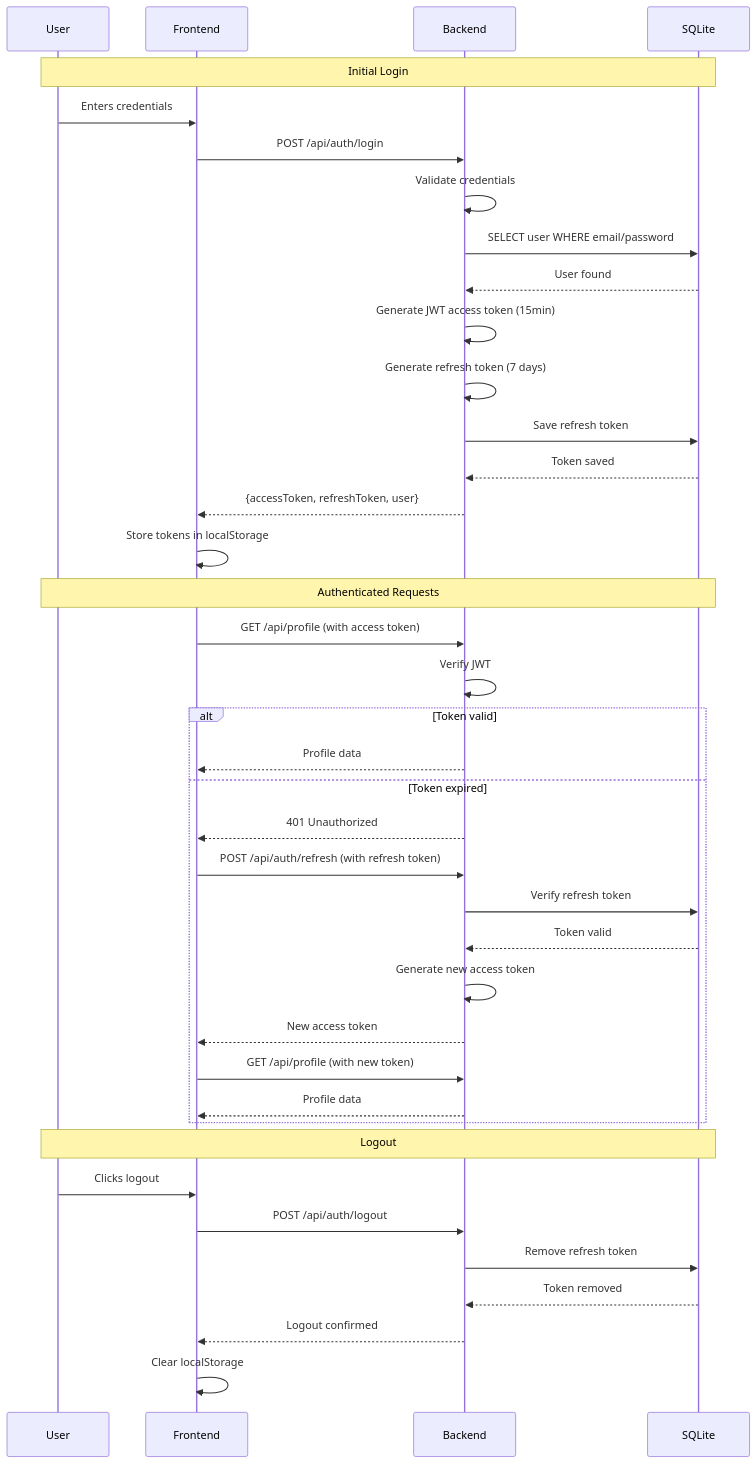
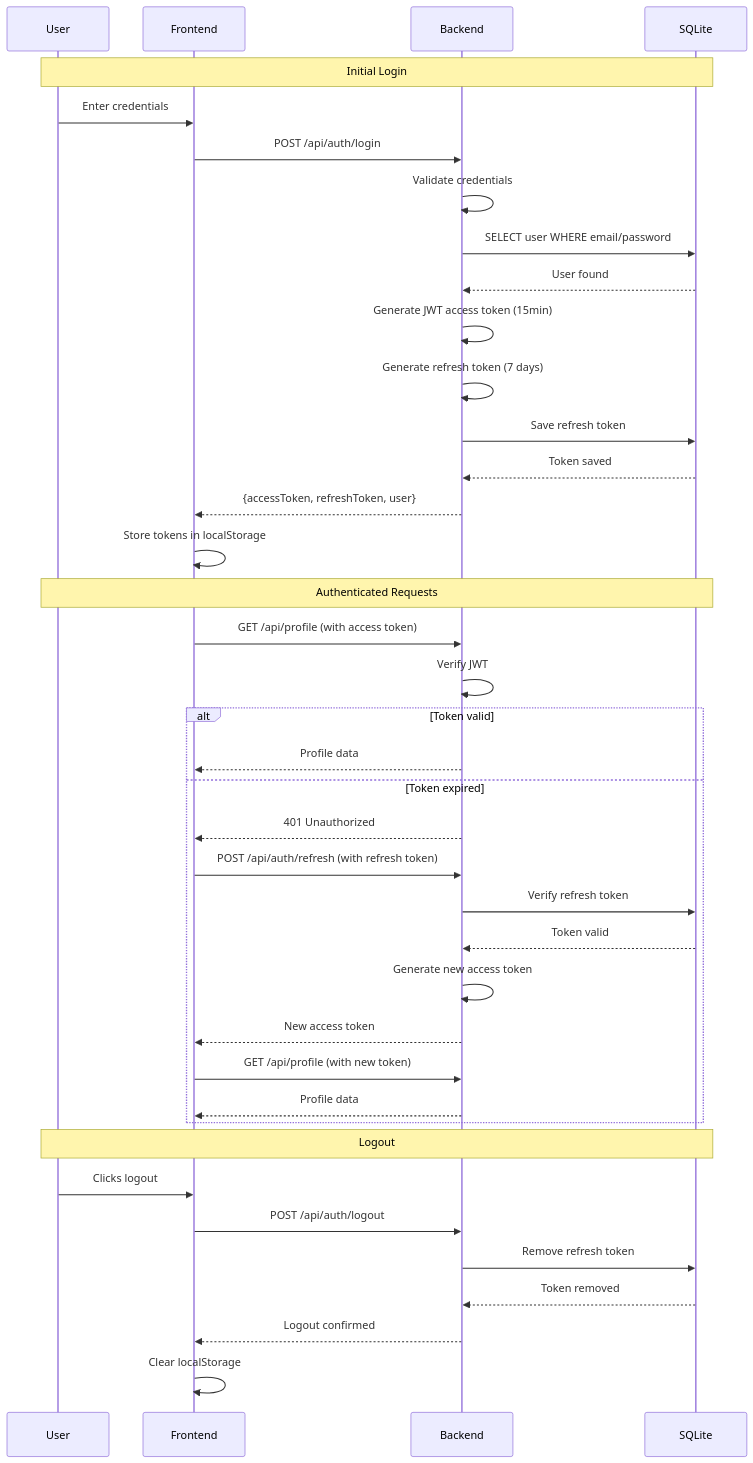
Before and after one commit to wmakeouthill/certificados-wesley: the fourth of 5 diagrams in portfolio-content/projects/aa_space-english.md, drawn with Mermaid. The commit also changed other lines of this file and 8 other files, not shown here.

````diff
--- a/portfolio-content/projects/aa_space-english.md
+++ b/portfolio-content/projects/aa_space-english.md
@@ -134,48 +134,48 @@
 ```mermaid
-%%{title: "JWT Authentication System with Refresh Tokens"}%%
+%%{title: "Sistema de Autenticação JWT com Refresh Tokens"}%%
 sequenceDiagram
     participant U as User
     participant F as Frontend
     participant B as Backend
     participant DB as SQLite
     
     Note over U,DB: Initial Login
     
-    U->>F: Enters credentials
+    U->>F: Enter credentials
     F->>B: POST /api/auth/login
     B->>B: Validate credentials
     B->>DB: SELECT user WHERE email/password
     DB-->>B: User found
     B->>B: Generate JWT access token (15min)
     B->>B: Generate refresh token (7 days)
     B->>DB: Save refresh token
     DB-->>B: Token saved
     B-->>F: {accessToken, refreshToken, user}
     F->>F: Store tokens in localStorage
     
     Note over U,DB: Authenticated Requests
     
     F->>B: GET /api/profile (with access token)
     B->>B: Verify JWT
     alt Token valid
         B-->>F: Profile data
     else Token expired
         B-->>F: 401 Unauthorized
         F->>B: POST /api/auth/refresh (with refresh token)
         B->>DB: Verify refresh token
         DB-->>B: Token valid
         B->>B: Generate new access token
         B-->>F: New access token
         F->>B: GET /api/profile (with new token)
         B-->>F: Profile data
     end
     
     Note over U,DB: Logout
     
     U->>F: Clicks logout
     F->>B: POST /api/auth/logout
     B->>DB: Remove refresh token
     DB-->>B: Token removed
     B-->>F: Logout confirmed
     F->>F: Clear localStorage
 ```
````
